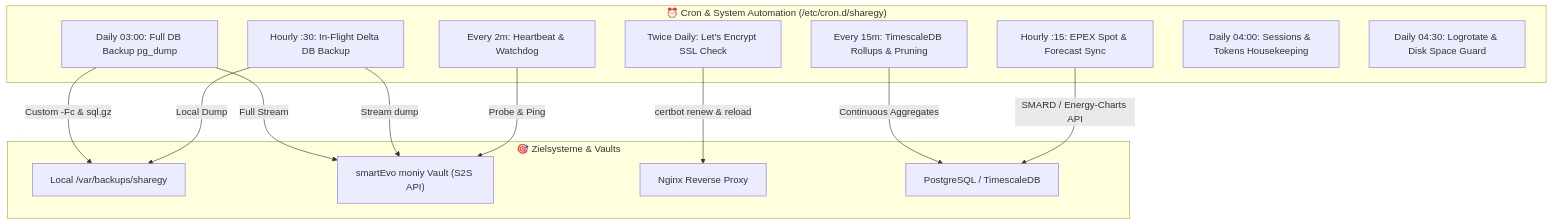
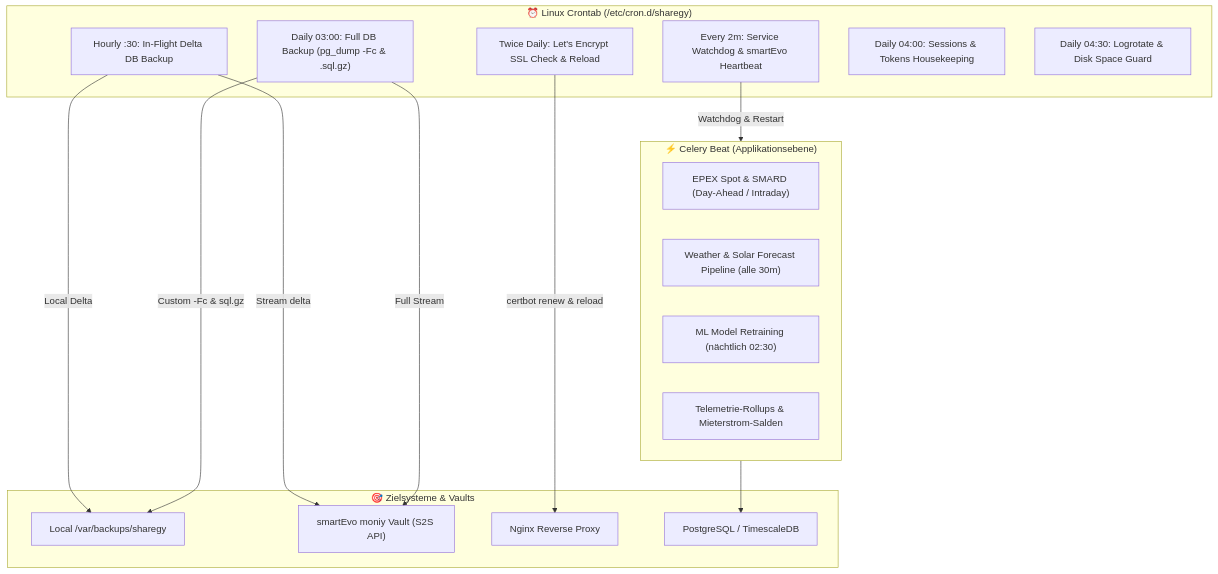
One commit to smartcuc/homeassistant-sharegy changed the diagram in docs/architecture/SHAREGY_OPERATIONS_AND_AUTOMATED_CRON_MANUAL.md. Above: the diagram before and after it, drawn with Mermaid. The commit also changed other lines of this file and 1 other file, not shown here.

Commit message:
docs(ops): clarify Celery Beat for app data pipelines vs Linux Cron for system infrastructure

````diff
--- a/docs/architecture/SHAREGY_OPERATIONS_AND_AUTOMATED_CRON_MANUAL.md
+++ b/docs/architecture/SHAREGY_OPERATIONS_AND_AUTOMATED_CRON_MANUAL.md
@@ -9,29 +21,33 @@
 ```mermaid
 flowchart TD
-    subgraph Periodic_Automation["⏰ Cron & System Automation (/etc/cron.d/sharegy)"]
-        W[Every 2m: Heartbeat & Watchdog]
-        M[Hourly :15: EPEX Spot & Forecast Sync]
-        T[Every 15m: TimescaleDB Rollups & Pruning]
-        D[Hourly :30: In-Flight Delta DB Backup]
-        F[Daily 03:00: Full DB Backup pg_dump]
-        S[Twice Daily: Let's Encrypt SSL Check]
-        H[Daily 04:00: Sessions & Tokens Housekeeping]
-        L[Daily 04:30: Logrotate & Disk Space Guard]
+    subgraph Celery_Beat["⚡ Celery Beat (Applikationsebene)"]
+        CB1["EPEX Spot & SMARD (Day-Ahead / Intraday)"]
+        CB2["Weather & Solar Forecast Pipeline (alle 30m)"]
+        CB3["ML Model Retraining (nächtlich 02:30)"]
+        CB4["Telemetrie-Rollups & Mieterstrom-Salden"]
+    end
+
+    subgraph OS_Cron["⏰ Linux Crontab (/etc/cron.d/sharegy)"]
+        W["Every 2m: Service Watchdog & smartEvo Heartbeat"]
+        D["Hourly :30: In-Flight Delta DB Backup"]
+        F["Daily 03:00: Full DB Backup (pg_dump -Fc & .sql.gz)"]
+        S["Twice Daily: Let's Encrypt SSL Check & Reload"]
+        H["Daily 04:00: Sessions & Tokens Housekeeping"]
+        L["Daily 04:30: Logrotate & Disk Space Guard"]
     end
 
     subgraph Targets["🎯 Zielsysteme & Vaults"]
         Local["Local /var/backups/sharegy"]
         Moniy["smartEvo moniy Vault (S2S API)"]
         Nginx["Nginx Reverse Proxy"]
         Timescale["PostgreSQL / TimescaleDB"]
     end
 
-    W -->|Probe & Ping| Moniy
-    M -->|SMARD / Energy-Charts API| Timescale
-    T -->|Continuous Aggregates| Timescale
-    D -->|Stream dump| Moniy
-    D -->|Local Dump| Local
+    Celery_Beat --> Timescale
+    W -->|Watchdog & Restart| Celery_Beat
+    D -->|Stream delta| Moniy
+    D -->|Local Delta| Local
     F -->|Custom -Fc & sql.gz| Local
     F -->|Full Stream| Moniy
     S -->|certbot renew & reload| Nginx
 ```
````
